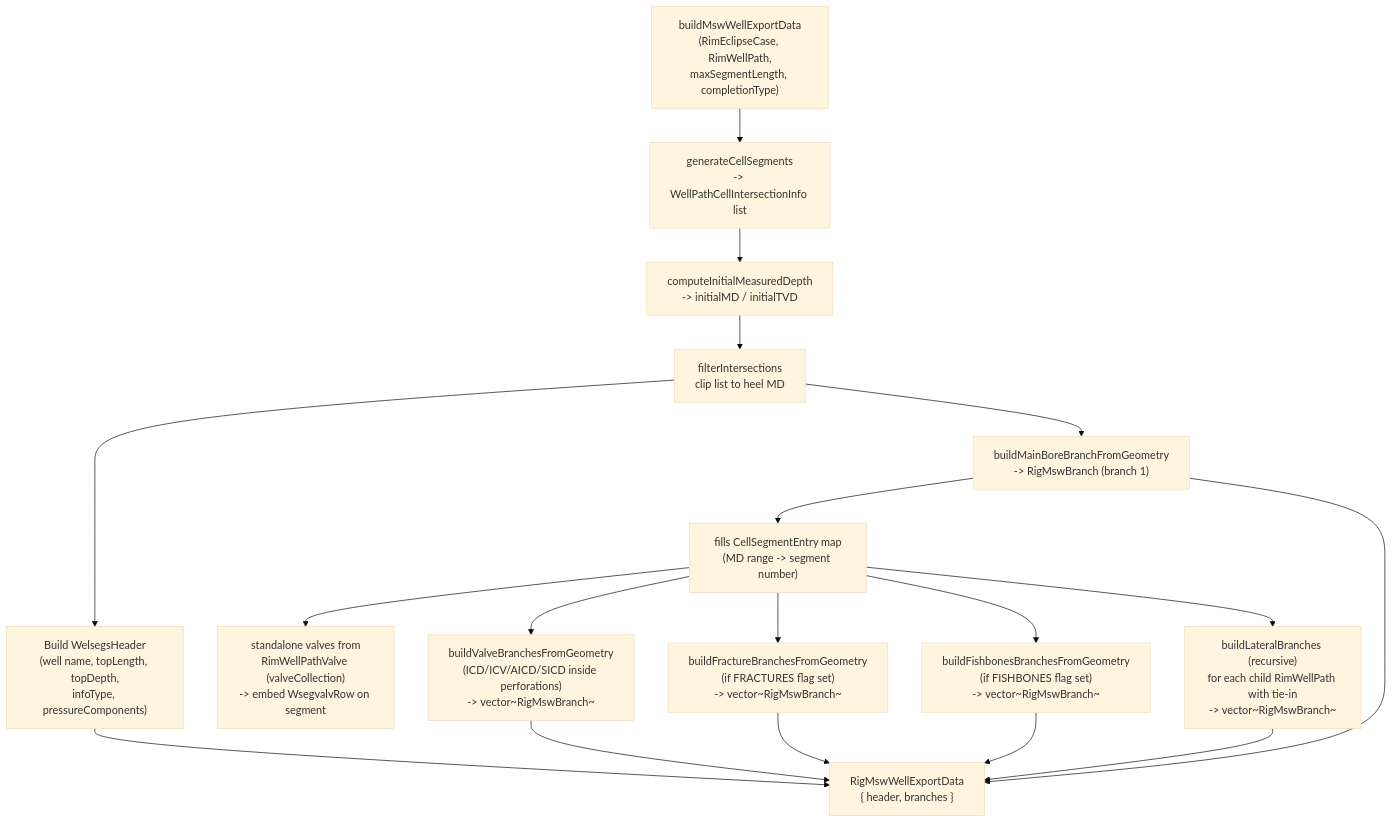
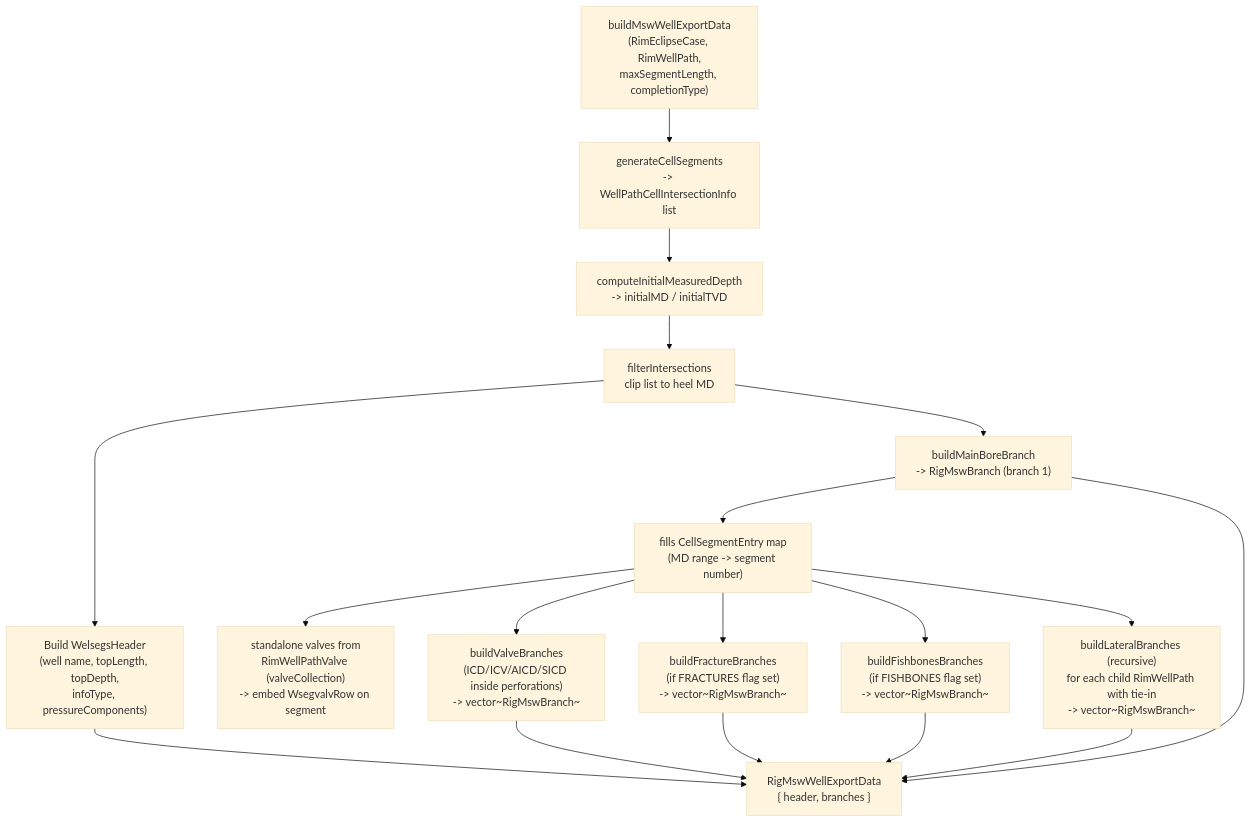
The first of 3 diagrams in docs/diagrams/msw-export/03-build-pipeline.md (OPM/ResInsight), drawn with Mermaid (base theme) before and after one commit. The commit also changed other lines of this file and 4 other files, not shown here.

First line of the commit message:
#14241 MSW: Drop redundant FromGeometry suffix from branch builders

````diff
--- a/docs/diagrams/msw-export/03-build-pipeline.md
+++ b/docs/diagrams/msw-export/03-build-pipeline.md
@@ -5,25 +5,25 @@
 ```mermaid
 flowchart TD
     ENTRY["buildMswWellExportData<br/>(RimEclipseCase, RimWellPath,<br/>maxSegmentLength, completionType)"]
 
     ENTRY --> GCS["generateCellSegments<br/>-> WellPathCellIntersectionInfo list"]
     GCS --> INITMD["computeInitialMeasuredDepth<br/>-> initialMD / initialTVD"]
     INITMD --> FI["filterIntersections<br/>clip list to heel MD"]
 
     FI --> HEADER["Build WelsegsHeader<br/>(well name, topLength, topDepth,<br/>infoType, pressureComponents)"]
 
-    FI --> MB["buildMainBoreBranchFromGeometry<br/>-> RigMswBranch (branch 1)"]
+    FI --> MB["buildMainBoreBranch<br/>-> RigMswBranch (branch 1)"]
     MB --> CSMAP["fills CellSegmentEntry map<br/>(MD range -> segment number)"]
 
     CSMAP --> SVALVE["standalone valves from<br/>RimWellPathValve (valveCollection)<br/>-> embed WsegvalvRow on segment"]
 
-    CSMAP --> VB["buildValveBranchesFromGeometry<br/>(ICD/ICV/AICD/SICD inside perforations)<br/>-> vector~RigMswBranch~"]
+    CSMAP --> VB["buildValveBranches<br/>(ICD/ICV/AICD/SICD inside perforations)<br/>-> vector~RigMswBranch~"]
 
-    CSMAP --> FRB["buildFractureBranchesFromGeometry<br/>(if FRACTURES flag set)<br/>-> vector~RigMswBranch~"]
+    CSMAP --> FRB["buildFractureBranches<br/>(if FRACTURES flag set)<br/>-> vector~RigMswBranch~"]
 
-    CSMAP --> FBB["buildFishbonesBranchesFromGeometry<br/>(if FISHBONES flag set)<br/>-> vector~RigMswBranch~"]
+    CSMAP --> FBB["buildFishbonesBranches<br/>(if FISHBONES flag set)<br/>-> vector~RigMswBranch~"]
 
     CSMAP --> LAT["buildLateralBranches (recursive)<br/>for each child RimWellPath with tie-in<br/>-> vector~RigMswBranch~"]
 
     HEADER & MB & VB & FRB & FBB & LAT --> RESULT["RigMswWellExportData<br/>{ header, branches }"]
 ```
````
